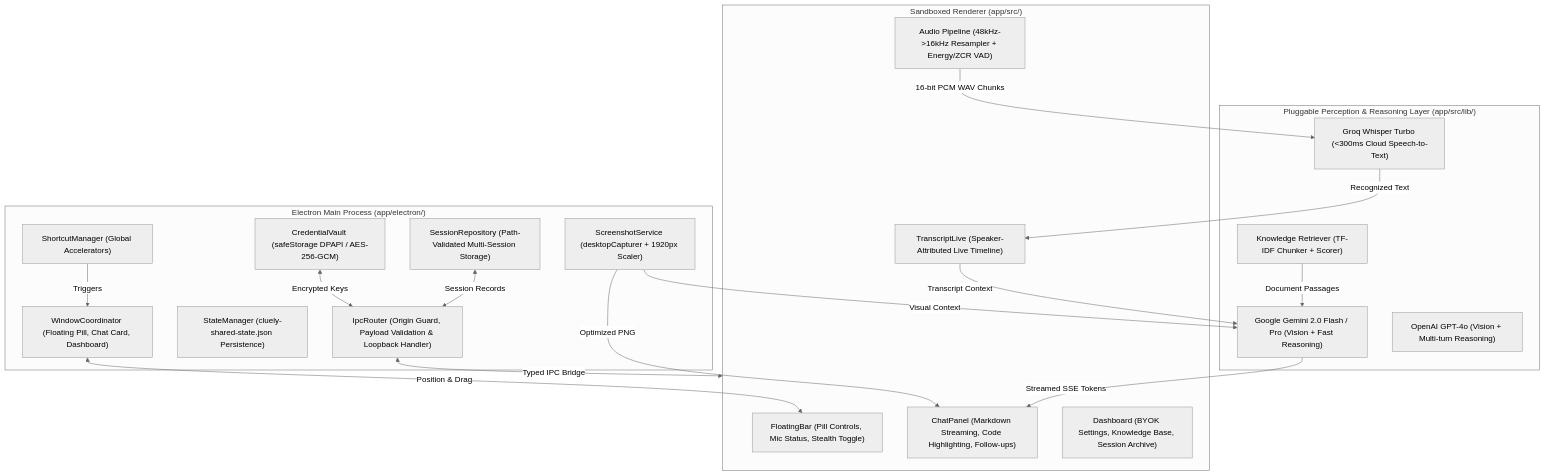
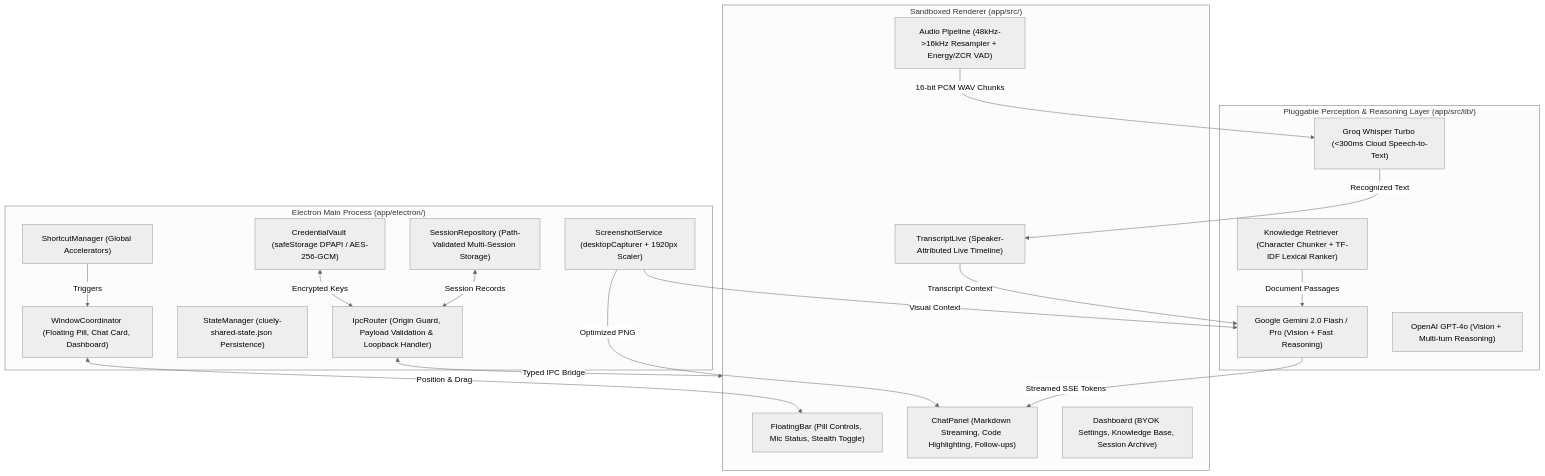
One commit to MokuLakshithReddy/Cluely-AI-Desktop-Assistant changed the diagram in README.md. Above: the diagram before and after it, drawn with Mermaid (neutral theme). The commit also changed other lines of this file and 2 other files, not shown here.

Commit message:
Implement honest TF-IDF lexical retrieval scoring (#12)

````diff
--- a/README.md
+++ b/README.md
@@ -115,40 +115,40 @@
 ```mermaid
 flowchart TD
     subgraph PrivilegedMain ["Electron Main Process (app/electron/)"]
         Coord["WindowCoordinator (Floating Pill, Chat Card, Dashboard)"]
         Shortcuts["ShortcutManager (Global Accelerators)"]
         ScreenSvc["ScreenshotService (desktopCapturer + 1920px Scaler)"]
         StateMgr["StateManager (cluely-shared-state.json Persistence)"]
         VaultSvc["CredentialVault (safeStorage DPAPI / AES-256-GCM)"]
         SessionRepo["SessionRepository (Path-Validated Multi-Session Storage)"]
         IpcSec["IpcRouter (Origin Guard, Payload Validation & Loopback Handler)"]
     end
 
     subgraph SandboxedUI ["Sandboxed Renderer (app/src/)"]
         PillUI["FloatingBar (Pill Controls, Mic Status, Stealth Toggle)"]
         ChatUI["ChatPanel (Markdown Streaming, Code Highlighting, Follow-ups)"]
         TransUI["TranscriptLive (Speaker-Attributed Live Timeline)"]
         DashUI["Dashboard (BYOK Settings, Knowledge Base, Session Archive)"]
         AudioEng["Audio Pipeline (48kHz->16kHz Resampler + Energy/ZCR VAD)"]
     end
 
     subgraph AIAdapters ["Pluggable Perception & Reasoning Layer (app/src/lib/)"]
         Gemini["Google Gemini 2.0 Flash / Pro (Vision + Fast Reasoning)"]
         OpenAI["OpenAI GPT-4o (Vision + Multi-turn Reasoning)"]
         Groq["Groq Whisper Turbo (<300ms Cloud Speech-to-Text)"]
-        RAG["Knowledge Retriever (TF-IDF Chunker + Scorer)"]
+        RAG["Knowledge Retriever (Character Chunker + TF-IDF Lexical Ranker)"]
     end
 
     Shortcuts -->|Triggers| Coord
     Coord <-->|Position & Drag| PillUI
     IpcSec <-->|Typed IPC Bridge| SandboxedUI
     ScreenSvc -->|Optimized PNG| ChatUI
     AudioEng -->|16-bit PCM WAV Chunks| Groq
     Groq -->|Recognized Text| TransUI
     TransUI -->|Transcript Context| Gemini
     ScreenSvc -->|Visual Context| Gemini
     RAG -->|Document Passages| Gemini
     Gemini -->|Streamed SSE Tokens| ChatUI
     VaultSvc <-->|Encrypted Keys| IpcSec
     SessionRepo <-->|Session Records| IpcSec
 ```
````
